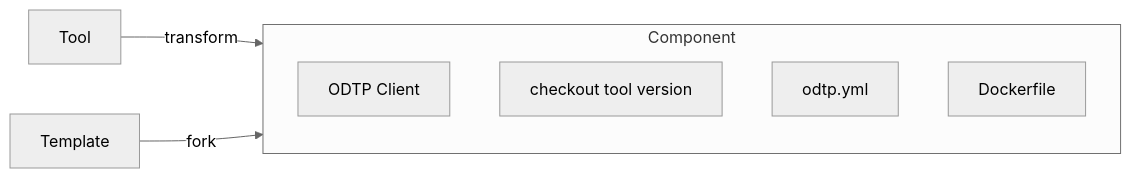
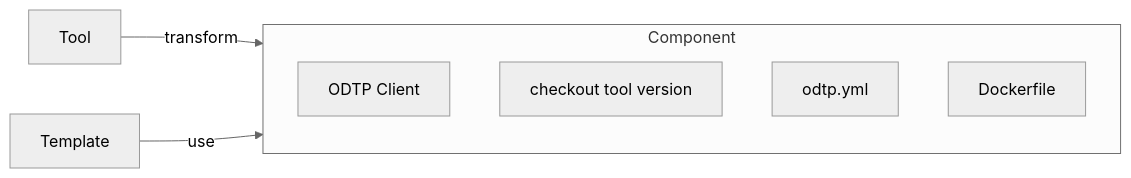
The diagram in docs/components/develop.md (odtp-org/odtp-manuals), drawn with Mermaid (neutral theme) before and after one commit.

Commit message:
fix(components develop): use correct term

````diff
--- a/docs/components/develop.md
+++ b/docs/components/develop.md
@@ -6,11 +6,11 @@
 ``` mermaid
 graph LR;
     Tool -->|transform| ODTPComponent
-    Template -->|fork| ODTPComponent
+    Template -->|use| ODTPComponent
     subgraph ODTPComponent[Component]
     Component[ODTP Client]
     Commit[checkout tool version]
     Metadata[odtp.yml]
     Docker[Dockerfile]
     end
 ``` 
````
